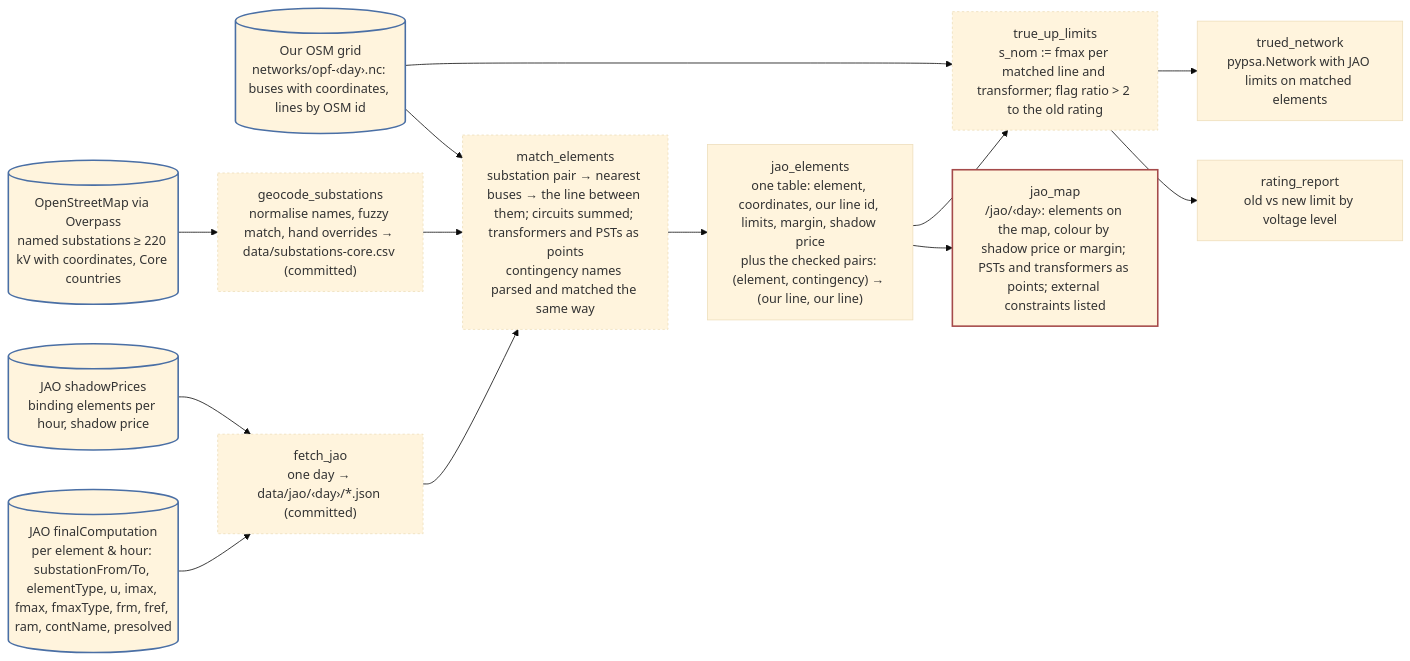
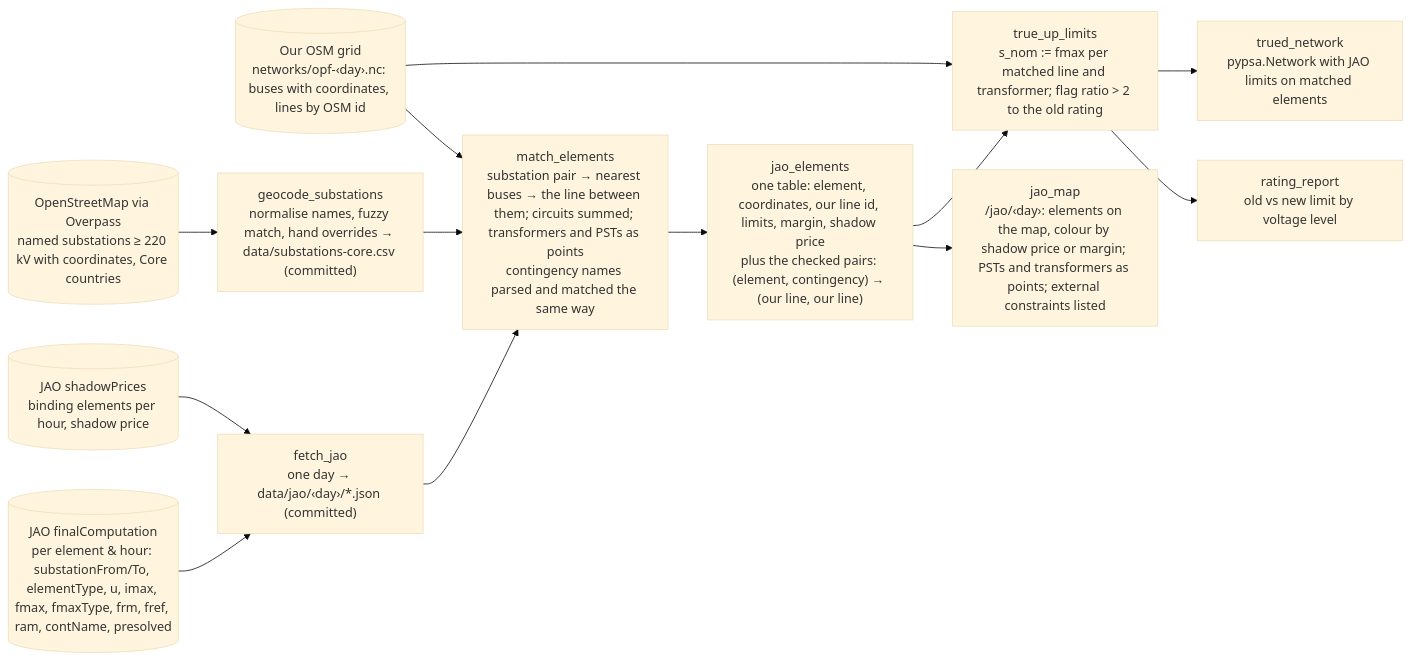
Before and after one commit to zoltanmaric/coppersushi: the diagram in wiki/specs/jao-grid.md, drawn with Mermaid (base theme).

Commit message:
JAO spec: default mermaid styling
Claude-Session: https://claude.ai/code/session_01CdzMqzZiVQFcL7bXP6a2rH

````diff
--- a/wiki/specs/jao-grid.md
+++ b/wiki/specs/jao-grid.md
@@ -16,32 +16,29 @@
 ```mermaid
 flowchart LR
-    classDef src stroke:#4a6fa5,stroke-width:2px
-    classDef xform stroke-dasharray: 3 3
-    classDef view stroke:#a54a4a,stroke-width:2px
 
-    jao_fc[("JAO finalComputation<br/>per element & hour: substationFrom/To, elementType, u, imax, fmax, fmaxType, frm, fref, ram, contName, presolved")]:::src
-    jao_sp[("JAO shadowPrices<br/>binding elements per hour, shadow price")]:::src
-    osm_subs[("OpenStreetMap via Overpass<br/>named substations ≥ 220 kV with coordinates, Core countries")]:::src
-    grid[("Our OSM grid<br/>networks/opf-‹day›.nc: buses with coordinates, lines by OSM id")]:::src
+    jao_fc[("JAO finalComputation<br/>per element & hour: substationFrom/To, elementType, u, imax, fmax, fmaxType, frm, fref, ram, contName, presolved")]
+    jao_sp[("JAO shadowPrices<br/>binding elements per hour, shadow price")]
+    osm_subs[("OpenStreetMap via Overpass<br/>named substations ≥ 220 kV with coordinates, Core countries")]
+    grid[("Our OSM grid<br/>networks/opf-‹day›.nc: buses with coordinates, lines by OSM id")]
 
-    fetch["fetch_jao<br/>one day → data/jao/‹day›/*.json (committed)"]:::xform
-    geocode["geocode_substations<br/>normalise names, fuzzy match, hand overrides → data/substations-core.csv (committed)"]:::xform
-    match["match_elements<br/>substation pair → nearest buses → the line between them; circuits summed; transformers and PSTs as points<br/>contingency names parsed and matched the same way"]:::xform
-    true_up["true_up_limits<br/>s_nom := fmax per matched line and transformer; flag ratio &gt; 2 to the old rating"]:::xform
+    fetch["fetch_jao<br/>one day → data/jao/‹day›/*.json (committed)"]
+    geocode["geocode_substations<br/>normalise names, fuzzy match, hand overrides → data/substations-core.csv (committed)"]
+    match["match_elements<br/>substation pair → nearest buses → the line between them; circuits summed; transformers and PSTs as points<br/>contingency names parsed and matched the same way"]
+    true_up["true_up_limits<br/>s_nom := fmax per matched line and transformer; flag ratio &gt; 2 to the old rating"]
 
     elements["jao_elements<br/>one table: element, coordinates, our line id, limits, margin, shadow price<br/>plus the checked pairs: (element, contingency) → (our line, our line)"]
     limits["trued_network<br/>pypsa.Network with JAO limits on matched elements"]
     report["rating_report<br/>old vs new limit by voltage level"]
 
-    map["jao_map<br/>/jao/‹day›: elements on the map, colour by shadow price or margin; PSTs and transformers as points; external constraints listed"]:::view
+    map["jao_map<br/>/jao/‹day›: elements on the map, colour by shadow price or margin; PSTs and transformers as points; external constraints listed"]
 
     jao_fc --> fetch
     jao_sp --> fetch
     fetch --> match
     osm_subs --> geocode --> match
     grid --> match --> elements
     elements --> map
     elements --> true_up
     grid --> true_up --> limits
     true_up --> report
 ```
````
